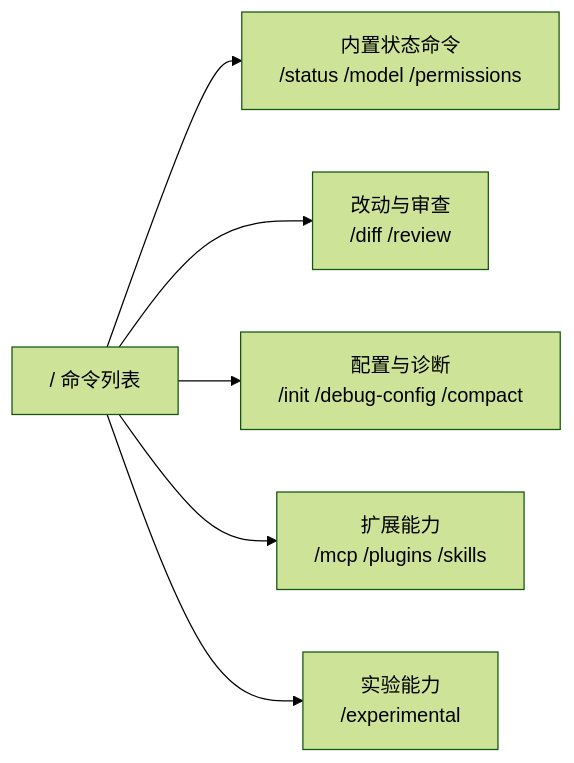
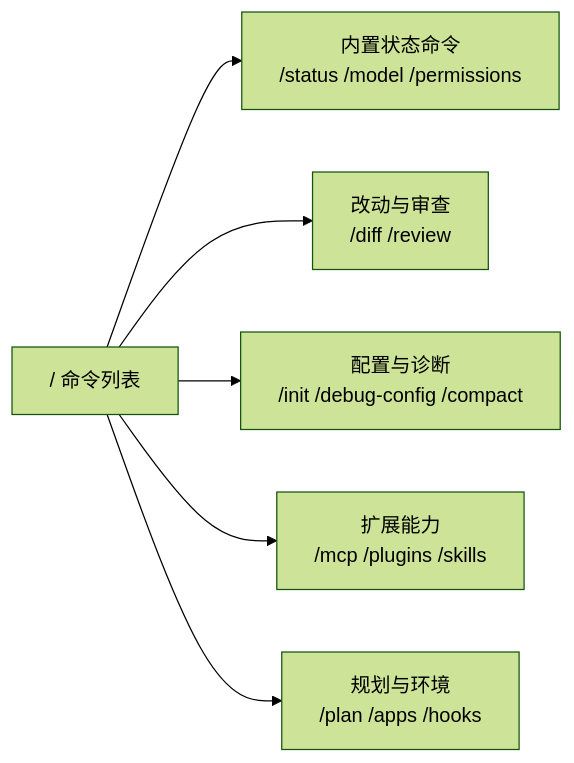
Before and after one commit to HN2461/first-fullstack-vue-blog: the fifth of 14 diagrams in output/AI工具/终端Agent流/Codex/第二篇：Codex-CLI-英文终端界面翻译与排错.md, drawn with Mermaid (forest theme). The commit also changed other lines of this file and 38 other files, not shown here.

````diff
--- a/output/AI工具/终端Agent流/Codex/第二篇：Codex-CLI-英文终端界面翻译与排错.md
+++ b/output/AI工具/终端Agent流/Codex/第二篇：Codex-CLI-英文终端界面翻译与排错.md
@@ -163,8 +163,8 @@
 ```mermaid
 flowchart LR
   A["/ 命令列表"] --> B["内置状态命令<br/>/status /model /permissions"]
   A --> C["改动与审查<br/>/diff /review"]
   A --> D["配置与诊断<br/>/init /debug-config /compact"]
   A --> E["扩展能力<br/>/mcp /plugins /skills"]
-  A --> F["实验能力<br/>/experimental"]
+  A --> F["规划与环境<br/>/plan /apps /hooks"]
 ```
````
